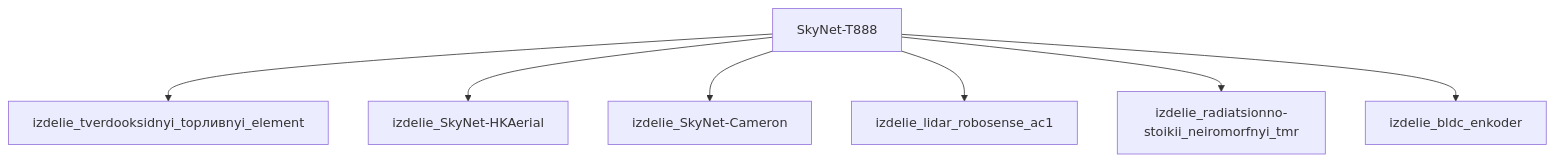
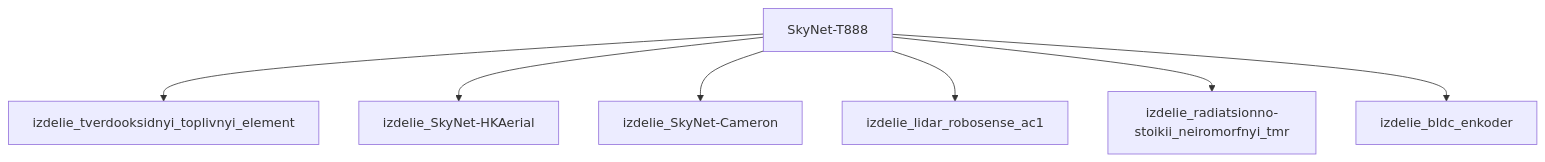
Before and after one commit to a-m-e-n-t-e-t/SkyNet: the diagram in результаты/модели/t888/фантастическая реализация/_index.md, drawn with Mermaid. The commit also changed other lines of this file and 53 other files, not shown here.

````diff
--- a/результаты/модели/t888/фантастическая реализация/_index.md
+++ b/результаты/модели/t888/фантастическая реализация/_index.md
@@ -167,16 +116,16 @@
 ```mermaid
 graph TD
     SkyNet_T888["SkyNet-T888"]
-    izdelie_tverdooksidnyi_top___nyi_element["izdelie_tverdooksidnyi_topливnyi_element"]
-    SkyNet_T888 --> izdelie_tverdooksidnyi_top___nyi_element
+    izdelie_tverdooksidnyi_toplivnyi_element["izdelie_tverdooksidnyi_toplivnyi_element"]
+    SkyNet_T888 --> izdelie_tverdooksidnyi_toplivnyi_element
     izdelie_SkyNet_HKAerial["izdelie_SkyNet-HKAerial"]
     SkyNet_T888 --> izdelie_SkyNet_HKAerial
     izdelie_SkyNet_Cameron["izdelie_SkyNet-Cameron"]
     SkyNet_T888 --> izdelie_SkyNet_Cameron
     izdelie_lidar_robosense_ac1["izdelie_lidar_robosense_ac1"]
     SkyNet_T888 --> izdelie_lidar_robosense_ac1
     izdelie_radiatsionno_stoikii_neiromorfnyi_tmr["izdelie_radiatsionno-stoikii_neiromorfnyi_tmr"]
     SkyNet_T888 --> izdelie_radiatsionno_stoikii_neiromorfnyi_tmr
     izdelie_bldc_enkoder["izdelie_bldc_enkoder"]
     SkyNet_T888 --> izdelie_bldc_enkoder
 ```
````
